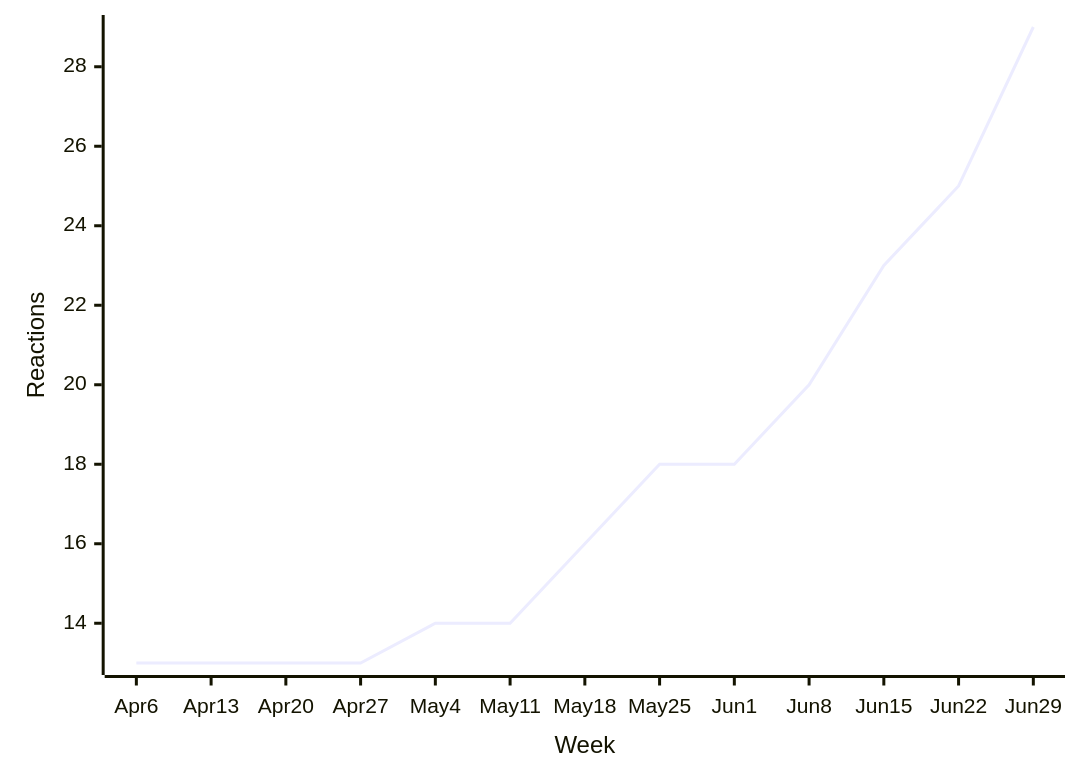
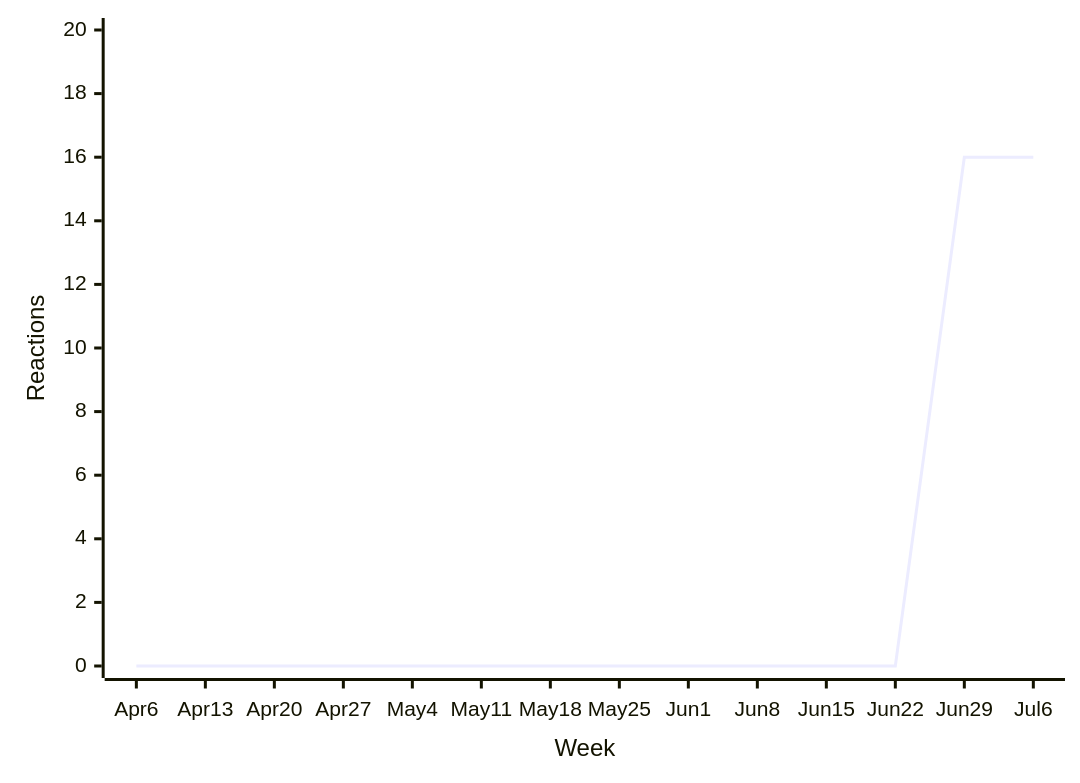
Before and after one commit to loic-sharma/github-insights: the tenth of 48 diagrams in README.md, drawn with Mermaid. The commit also changed other lines of this file and 3 other files, not shown here.

````diff
--- a/README.md
+++ b/README.md
@@ -492,6 +492,6 @@
   ```mermaid
   xychart-beta
-    x-axis "Week" [Apr 6, Apr 13, Apr 20, Apr 27, May 4, May 11, May 18, May 25, Jun 1, Jun 8, Jun 15, Jun 22, Jun 29]
-    y-axis "Reactions"
-    line [13, 13, 13, 13, 14, 14, 16, 18, 18, 20, 23, 25, 29]
+    x-axis "Week" [Apr 6, Apr 13, Apr 20, Apr 27, May 4, May 11, May 18, May 25, Jun 1, Jun 8, Jun 15, Jun 22, Jun 29, Jul 6]
+    y-axis "Reactions" 0 --> 20
+    line [0, 0, 0, 0, 0, 0, 0, 0, 0, 0, 0, 0, 16, 16]
   ```
````
